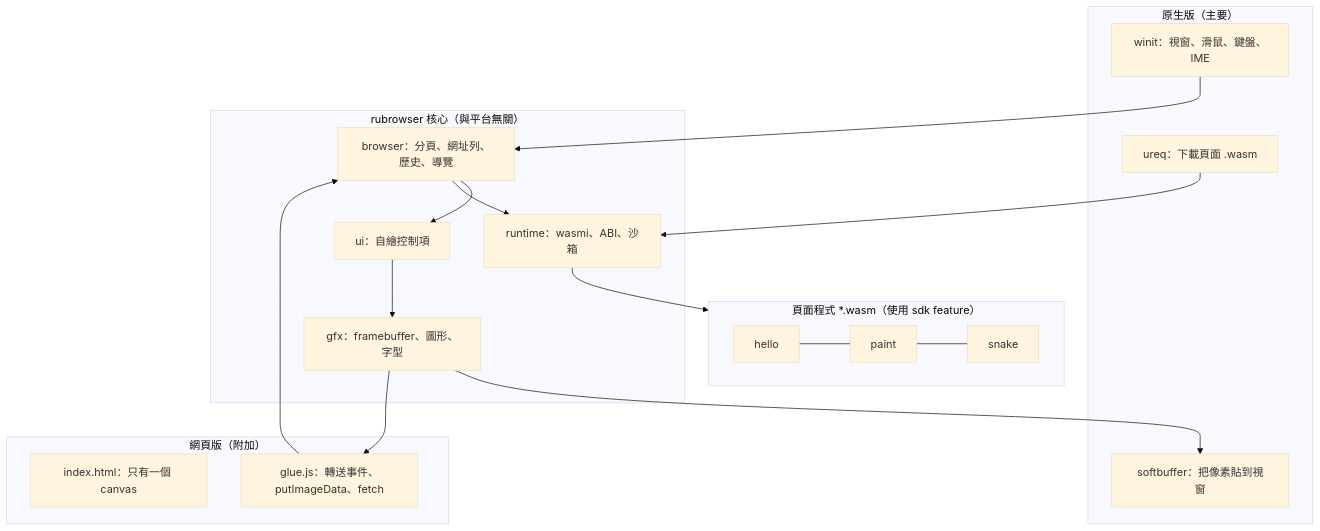
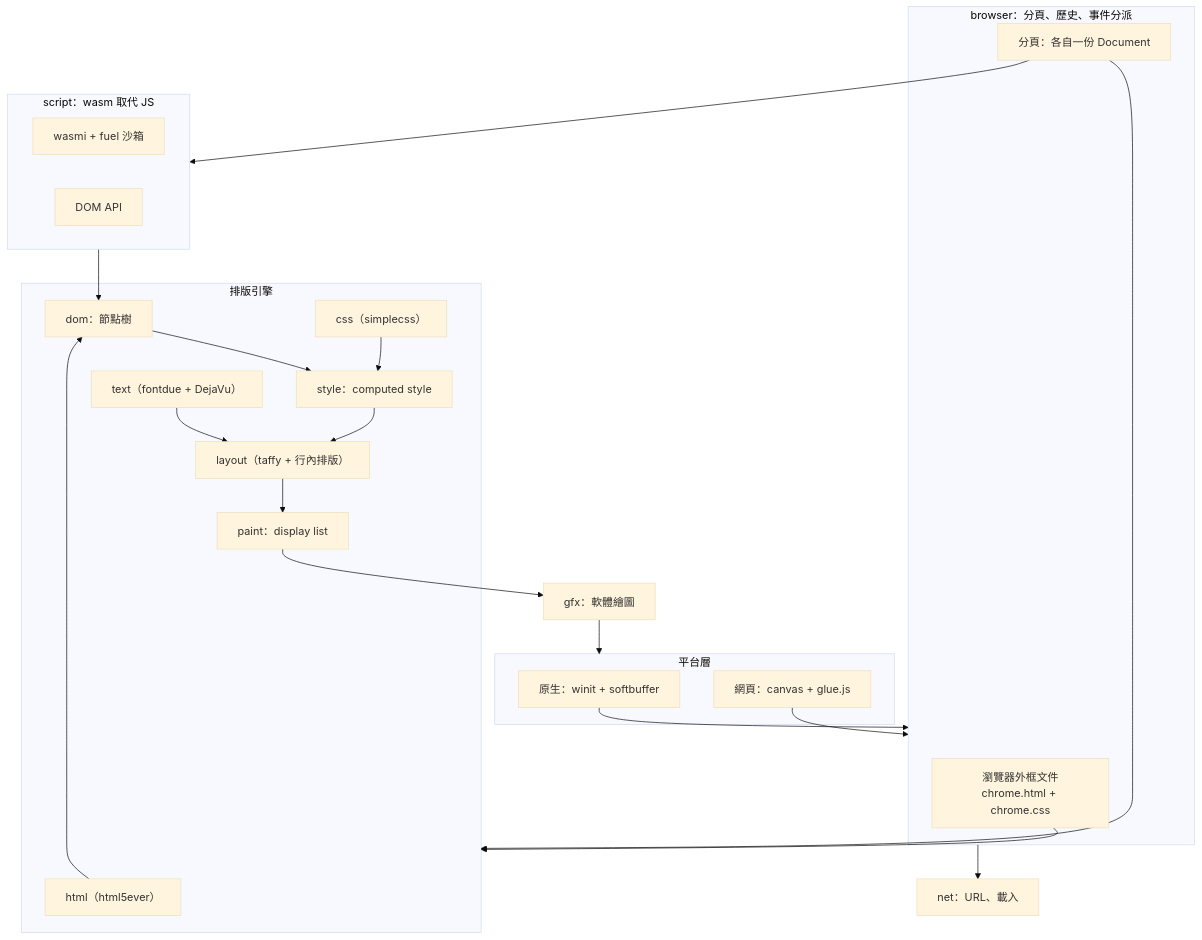
The first of 2 diagrams in doc/plan.md (ccc-claude-opus/rubrowser), drawn with Mermaid (base theme) before and after one commit. The commit also changed other lines of this file, not shown here.

Commit message:
Replan: HTML+CSS engine on a blank canvas, wasm instead of JS

````diff
--- a/doc/plan.md
+++ b/doc/plan.md
@@ -23,28 +26,31 @@
 ```mermaid
 flowchart TB
-  subgraph Native["原生版（主要）"]
-    W[winit：視窗、滑鼠、鍵盤、IME]
-    S[softbuffer：把像素貼到視窗]
-    U[ureq：下載頁面 .wasm]
+  subgraph Platform["平台層"]
+    N["原生：winit + softbuffer"]
+    W["網頁：canvas + glue.js"]
   end
-  subgraph Web["網頁版（附加）"]
-    C["index.html：只有一個 canvas"]
-    J["glue.js：轉送事件、putImageData、fetch"]
+  subgraph Browser["browser：分頁、歷史、事件分派"]
+    CH["瀏覽器外框文件<br/>chrome.html + chrome.css"]
+    TAB["分頁：各自一份 Document"]
   end
-  subgraph Core["rubrowser 核心（與平台無關）"]
-    BR[browser：分頁、網址列、歷史、導覽]
-    UI[ui：自繪控制項]
-    GFX[gfx：framebuffer、圖形、字型]
-    RT[runtime：wasmi、ABI、沙箱]
+  subgraph Engine["排版引擎"]
+    HTML["html（html5ever）"] --> DOM[dom：節點樹]
+    CSS["css（simplecss）"] --> STY[style：computed style]
+    DOM --> STY --> LAY["layout（taffy + 行內排版）"]
+    LAY --> PAINT[paint：display list]
+    TEXT["text（fontdue + DejaVu）"] --> LAY
   end
-  subgraph Pages["頁面程式 *.wasm（使用 sdk feature）"]
-    P1[hello] --- P2[paint] --- P3[snake]
+  subgraph Script["script：wasm 取代 JS"]
+    RT["wasmi + fuel 沙箱"]
+    API["DOM API"]
   end
-  W --> BR
-  J --> BR
-  BR --> UI --> GFX
-  GFX --> S
-  GFX --> J
-  BR --> RT --> Pages
-  U --> RT
+  GFX[gfx：軟體繪圖]
+  NET[net：URL、載入]
+
+  N & W --> Browser
+  CH --> Engine
+  TAB --> Engine
+  PAINT --> GFX --> Platform
+  TAB --> Script --> DOM
+  Browser --> NET
 ```
````
